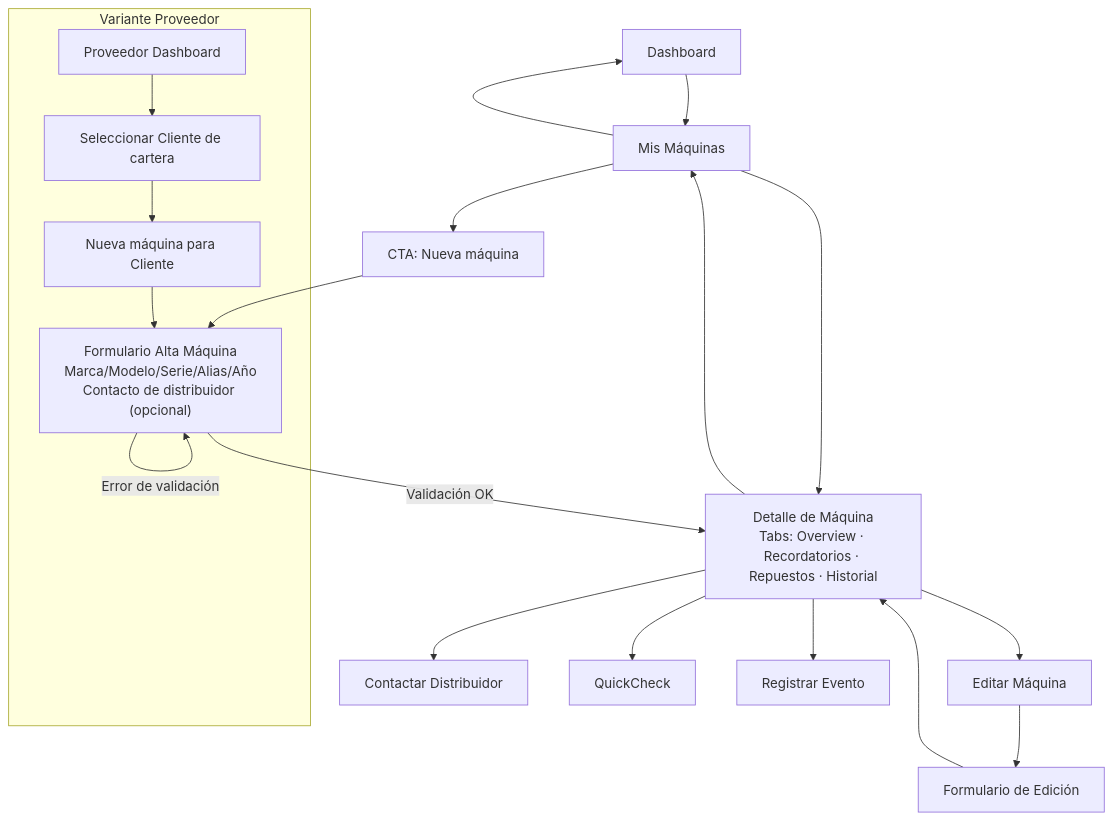
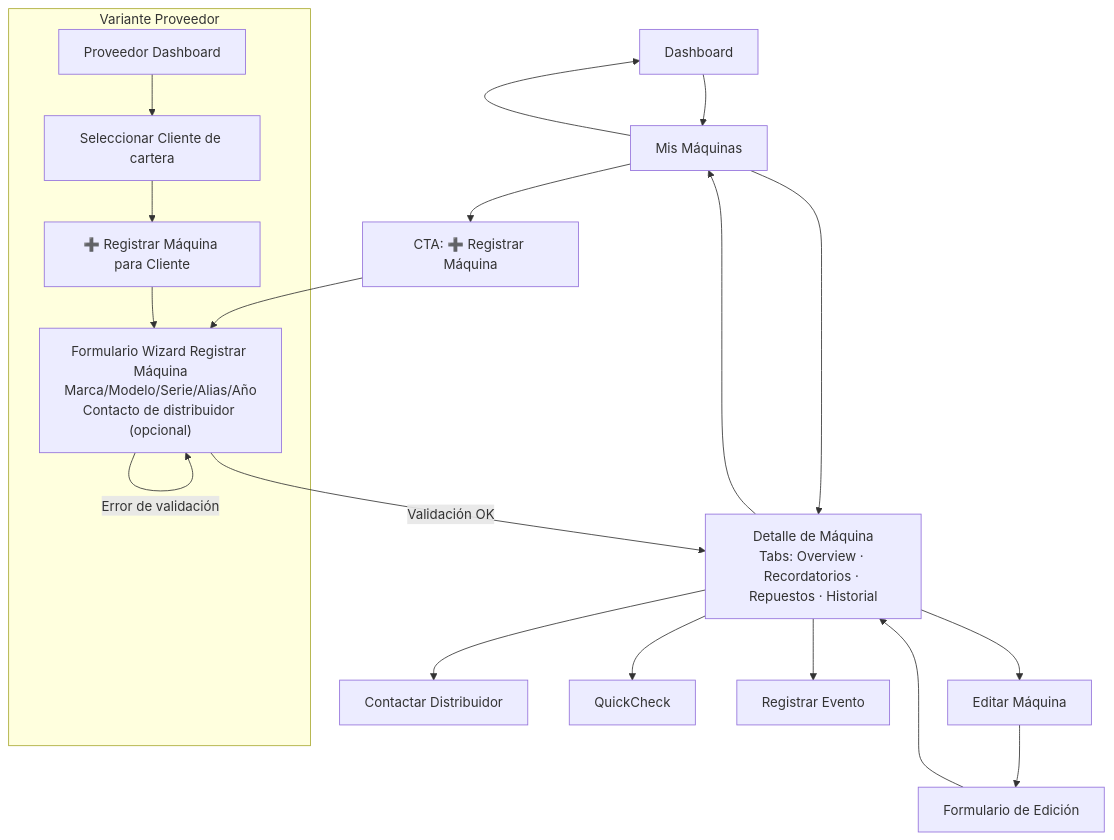
The third of 9 diagrams in docs/userJourney.md (MarkMed/FleetMan), drawn with Mermaid before and after one commit. The commit also changed other lines of this file, not shown here.

Commit message:
Enhance QuickActions dashboard: rename and update machine registration flow with wizard form

````diff
--- a/docs/userJourney.md
+++ b/docs/userJourney.md
@@ -84,27 +87,27 @@
 ```mermaid
 flowchart TD
     DASH[Dashboard] --> MACHINES[Mis Máquinas]
     MACHINES --> DASH
-    MACHINES --> CREATE[CTA: Nueva máquina]
+    MACHINES --> CREATE[CTA: ➕ Registrar Máquina]
     MACHINES --> DETAIL["Detalle de Máquina<br/>Tabs: Overview · Recordatorios · Repuestos · Historial"]
     
-    CREATE --> FORM["Formulario Alta Máquina<br/>Marca/Modelo/Serie/Alias/Año<br/>Contacto de distribuidor #40;opcional#41;"]
-    FORM -->|Validación OK| DETAIL
-    FORM -->|Error de validación| FORM
+    CREATE --> WIZARD["Formulario Wizard Registrar Máquina<br/>Marca/Modelo/Serie/Alias/Año<br/>Contacto de distribuidor #40;opcional#41;"]
+    WIZARD -->|Validación OK| DETAIL
+    WIZARD -->|Error de validación| WIZARD
     
     DETAIL --> MACHINES
     DETAIL --> EDIT[Editar Máquina]
     DETAIL --> CONTACT[Contactar Distribuidor]
     DETAIL --> QUICKCHECK_MACHINE[QuickCheck]
     DETAIL --> EVENT[Registrar Evento]
     
     EDIT --> EDIT_FORM[Formulario de Edición]
     EDIT_FORM --> DETAIL
     
     %% Variante Proveedor
     subgraph "Variante Proveedor"
         PROVIDER[Proveedor Dashboard] --> SELECT_CLIENT[Seleccionar Cliente de cartera]
-        SELECT_CLIENT --> CREATE_FOR_CLIENT[Nueva máquina para Cliente]
-        CREATE_FOR_CLIENT --> FORM
+        SELECT_CLIENT --> CREATE_FOR_CLIENT[➕ Registrar Máquina para Cliente]
+        CREATE_FOR_CLIENT --> WIZARD
     end
 ```
````
